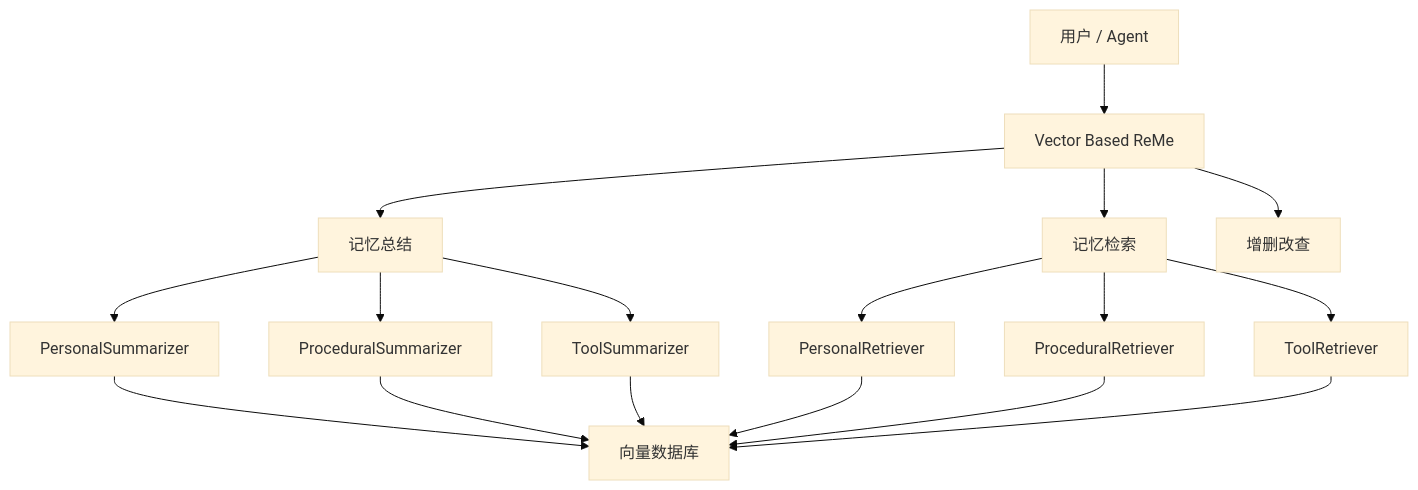
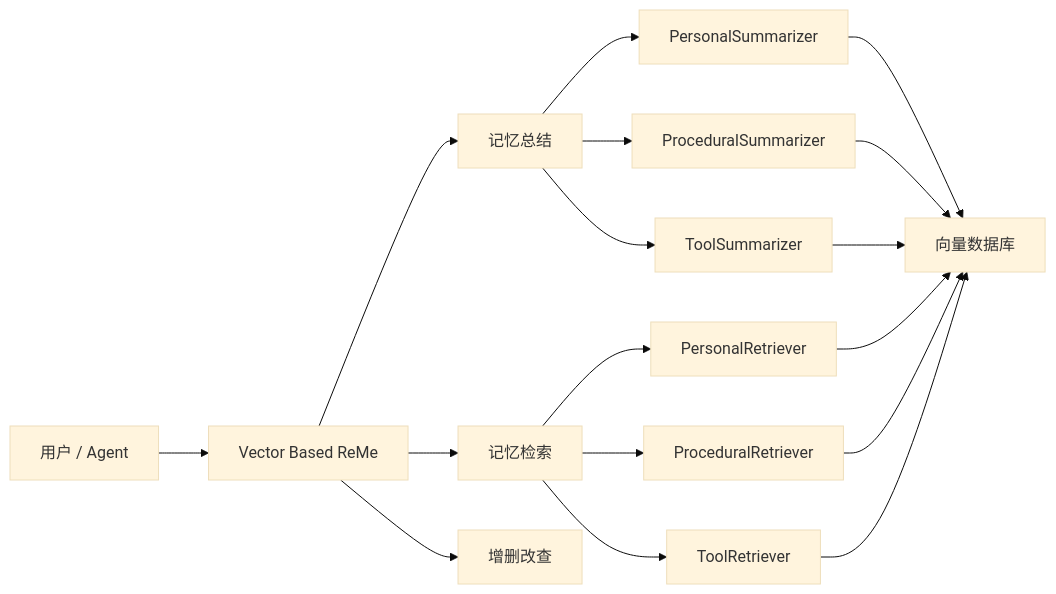
Before and after one commit to lllyyysss77/ReMe: the ninth of 9 diagrams in README_ZH.md, drawn with Mermaid (base theme). The commit also changed other lines of this file and 106 other files, not shown here.

````diff
--- a/README_ZH.md
+++ b/README_ZH.md
@@ -415,19 +466,19 @@
 ```mermaid
-graph TB
+graph LR
     User[用户 / Agent] --> ReMe[Vector Based ReMe]
     ReMe --> Summarize[记忆总结]
     ReMe --> Retrieve[记忆检索]
     ReMe --> CRUD[增删改查]
     Summarize --> PersonalSum[PersonalSummarizer]
     Summarize --> ProceduralSum[ProceduralSummarizer]
     Summarize --> ToolSum[ToolSummarizer]
     Retrieve --> PersonalRet[PersonalRetriever]
     Retrieve --> ProceduralRet[ProceduralRetriever]
     Retrieve --> ToolRet[ToolRetriever]
     PersonalSum --> VectorStore[向量数据库]
     ProceduralSum --> VectorStore
     ToolSum --> VectorStore
     PersonalRet --> VectorStore
     ProceduralRet --> VectorStore
     ToolRet --> VectorStore
 ```
````
